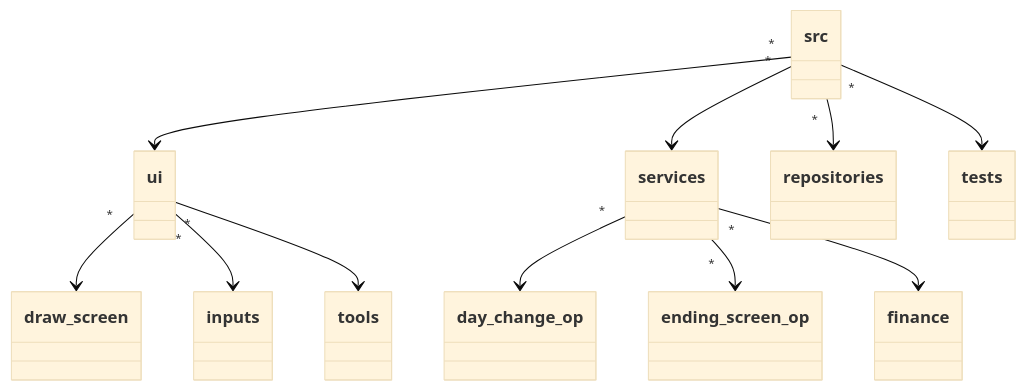
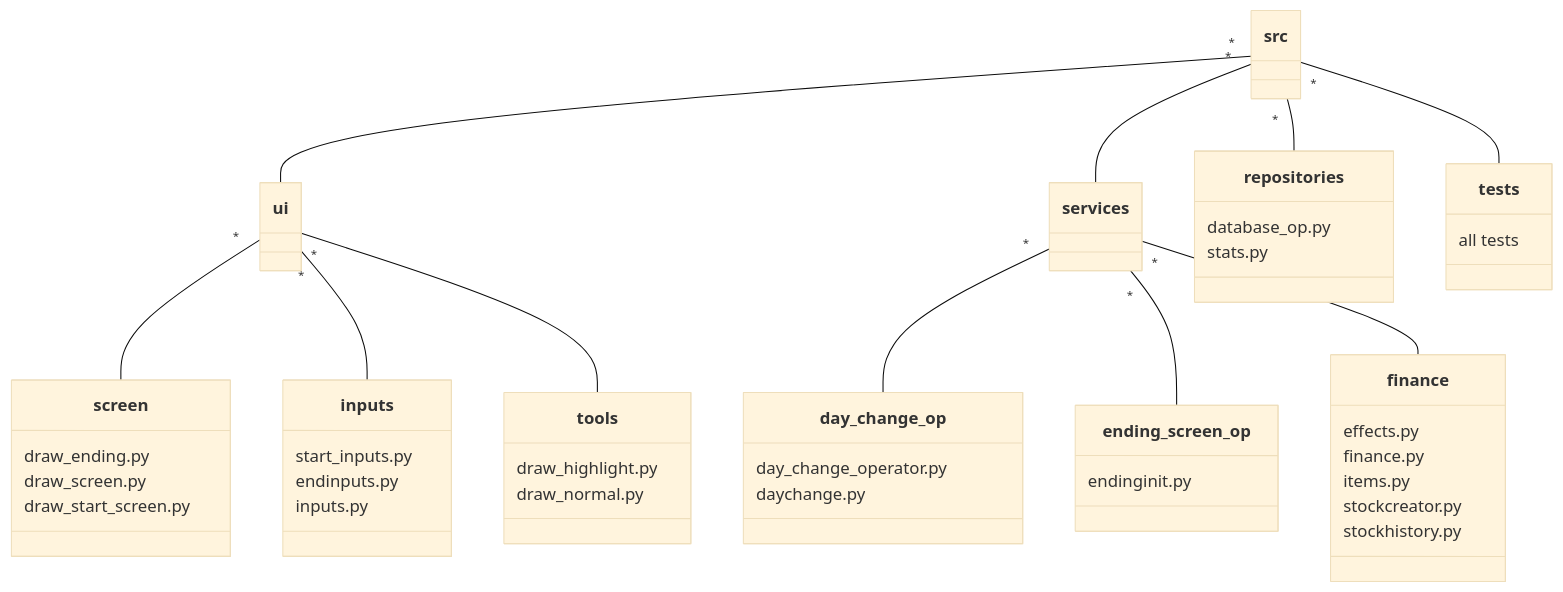
One commit to sepaww/ot-harjoitustyo changed the first of 6 diagrams in dokumentaatio/arkkitehtuuri.md. Above: the diagram before and after it, drawn with Mermaid (base theme). The commit also changed other lines of this file, not shown here.

````diff
--- a/dokumentaatio/arkkitehtuuri.md
+++ b/dokumentaatio/arkkitehtuuri.md
@@ -36,39 +36,59 @@
  ```mermaid
  classDiagram
-      src "*" --> ui
-       src "*" --> services
-        src "*" --> repositories
-        src "*" --> tests
-         ui "*" --> draw_screen
-         ui "*" --> inputs
-         ui "*" --> tools
-         services "*" --> day_change_op
-         services "*" --> ending_screen_op
-         services "*" --> finance
+      src "*" -- ui
+       src "*" -- services
+        src "*" -- repositories
+        src "*" -- tests
+         ui "*" -- screen
+         ui "*" -- inputs
+         ui "*" -- tools
+         services "*" -- day_change_op
+         services "*" -- ending_screen_op
+         services "*" -- finance
          
       class src{
           }
       class tests{
+      all tests
           }
       class ui{
           }
       class services{
           }
       class repositories{
+      database_op.py
+      stats.py
           }
       class day_change_op{
+      day_change_operator.py
+      daychange.py
           }
-      class draw_screen{
+      class screen{
+      draw_ending.py
+      draw_screen.py
+      draw_start_screen.py
           }
       class inputs{
+      start_inputs.py
+      endinputs.py
+      inputs.py
           }
       class tools{
+      draw_highlight.py
+      draw_normal.py
           }
       class ending_screen_op{
+      endinginit.py
+      
           }
       class finance{
+      effects.py
+      finance.py
+      items.py
+      stockcreator.py
+      stockhistory.py
           }
      
       
       
 ```
````
